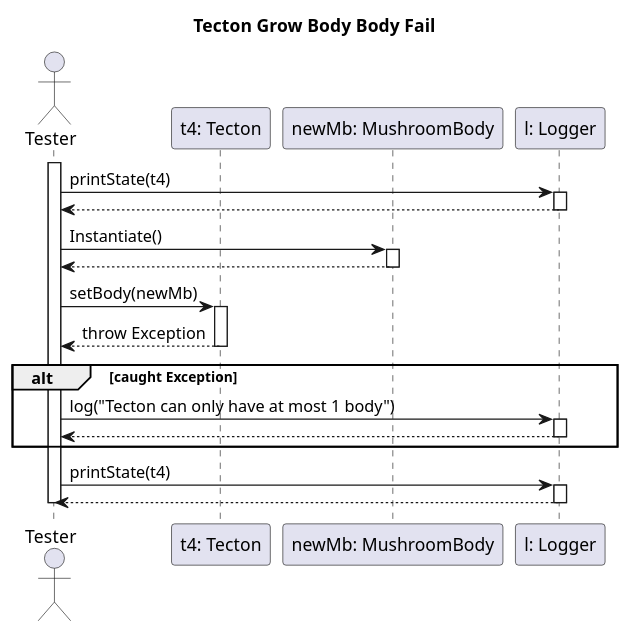
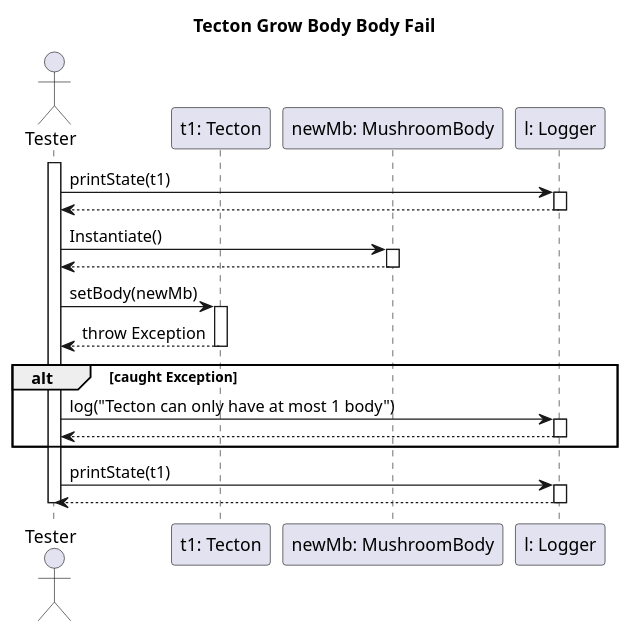
Before and after one commit to dzsem/projlab: the diagram in diagrams/test-sequence/tectonGrowBodyBodyFail.puml, drawn with PlantUML. The commit also changed 1 other file, not shown here.

```diff
--- a/diagrams/test-sequence/tectonGrowBodyBodyFail.puml
+++ b/diagrams/test-sequence/tectonGrowBodyBodyFail.puml
@@ -1,42 +1,42 @@
 @startuml tectonGrowBodyTest
 
 title Tecton Grow Body Body Fail
 
 actor "Tester" as ts
-participant "t4: Tecton" as t4
+participant "t1: Tecton" as t1
 participant "newMb: MushroomBody" as newMb
 participant "l: Logger" as l
 
 activate ts
 
-ts -> l: printState(t4)
+ts -> l: printState(t1)
 activate l
 ts <-- l
 deactivate l
 
 ts -> newMb: Instantiate()
 activate newMb
 ts <-- newMb
 deactivate newMb
 
-ts -> t4: setBody(newMb)
-activate t4
+ts -> t1: setBody(newMb)
+activate t1
 
-ts <-- t4: throw Exception
-deactivate t4
+ts <-- t1: throw Exception
+deactivate t1
 
 alt caught Exception
     ts -> l: log("Tecton can only have at most 1 body")
     activate l
     ts <-- l
     deactivate l    
 end
 
-ts -> l: printState(t4)
+ts -> l: printState(t1)
 activate l
 ts <-- l
 deactivate l
 
 deactivate ts
 
 @enduml
```
